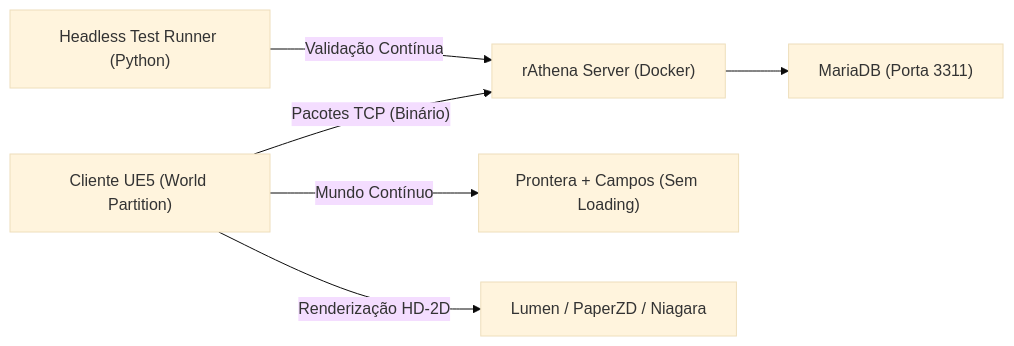
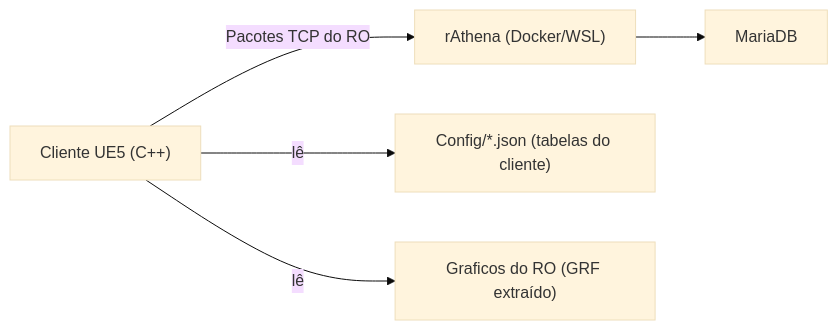
One commit to Palflinho/mythofthor_project changed the diagram in README.md. Above: the diagram before and after it, drawn with Mermaid (base theme). The commit also changed other lines of this file, not shown here.

````diff
--- a/README.md
+++ b/README.md
@@ -102,8 +41,7 @@
 ```mermaid
 flowchart LR
-    A["Cliente UE5 (World Partition)"] -- "Pacotes TCP (Binário)" --> B["rAthena Server (Docker)"]
-    B --> C["MariaDB (Porta 3311)"]
-    A -- "Mundo Contínuo" --> D["Prontera + Campos (Sem Loading)"]
-    A -- "Renderização HD-2D" --> E["Lumen / PaperZD / Niagara"]
-    F["Headless Test Runner (Python)"] -- "Validação Contínua" --> B
+    A["Cliente UE5 (C++)"] -- "Pacotes TCP do RO" --> B["rAthena (Docker/WSL)"]
+    B --> C["MariaDB"]
+    A -- "lê" --> D["Config/*.json (tabelas do cliente)"]
+    A -- "lê" --> E["Graficos do RO (GRF extraído)"]
 ```
````
